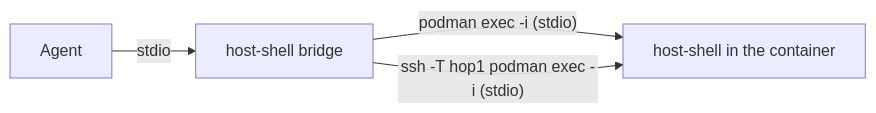
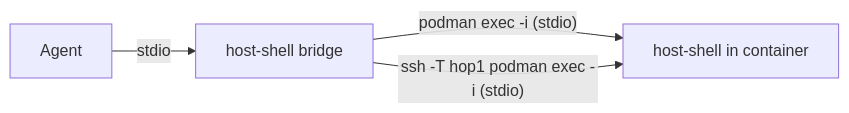
The diagram in docs/en/container.md (Hondarer/host-shell-mcp), drawn with Mermaid before and after one commit. The commit also changed other lines of this file and 20 other files, not shown here.

````diff
--- a/docs/en/container.md
+++ b/docs/en/container.md
@@ -8,6 +8,6 @@
 ```mermaid
 flowchart LR
     A[Agent] -->|stdio| B[host-shell bridge]
-    B -->|"podman exec -i (stdio)"| C[host-shell in the container]
+    B -->|"podman exec -i (stdio)"| C[host-shell in container]
     B -->|"ssh -T hop1 podman exec -i (stdio)"| C
 ```
````
